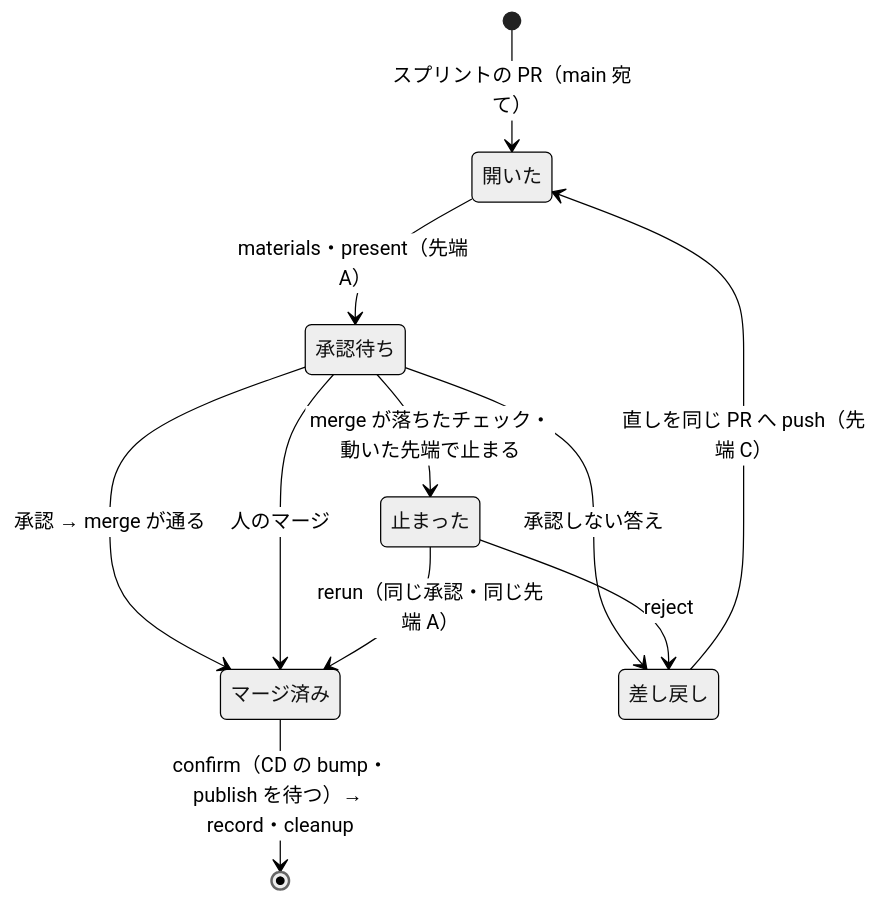
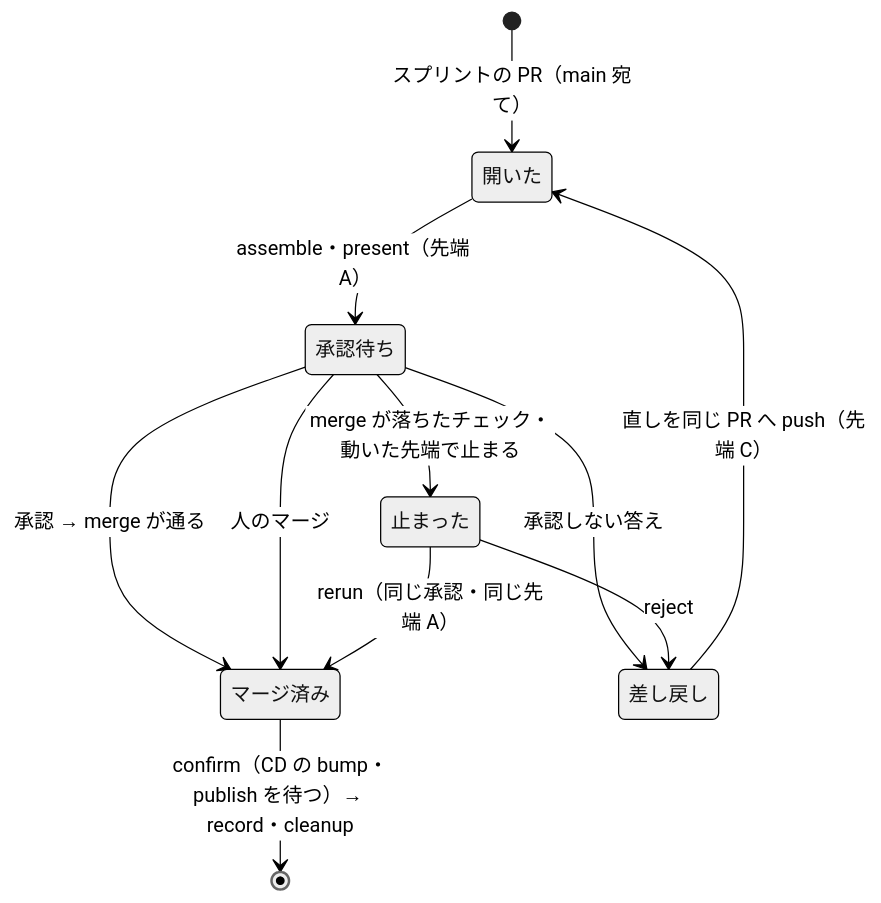
Before and after one commit to devbasex/ai-plugins: the fourth of 4 diagrams in issues/issue-3572-design.md, drawn with Mermaid (neutral theme). The commit also changed other lines of this file and 6 other files, not shown here.

````diff
--- a/issues/issue-3572-design.md
+++ b/issues/issue-3572-design.md
@@ -436,13 +445,13 @@
 ```mermaid
 stateDiagram-v2
     [*] --> 開いた: スプリントの PR（main 宛て）
-    開いた --> 承認待ち: materials・present（先端 A）
+    開いた --> 承認待ち: assemble・present（先端 A）
     承認待ち --> マージ済み: 承認 → merge が通る
     承認待ち --> マージ済み: 人のマージ
     承認待ち --> 差し戻し: 承認しない答え
     承認待ち --> 止まった: merge が落ちたチェック・動いた先端で止まる
     止まった --> マージ済み: rerun（同じ承認・同じ先端 A）
     止まった --> 差し戻し: reject
     差し戻し --> 開いた: 直しを同じ PR へ push（先端 C）
     マージ済み --> [*]: confirm（CD の bump・publish を待つ）→ record・cleanup
 ```
````
